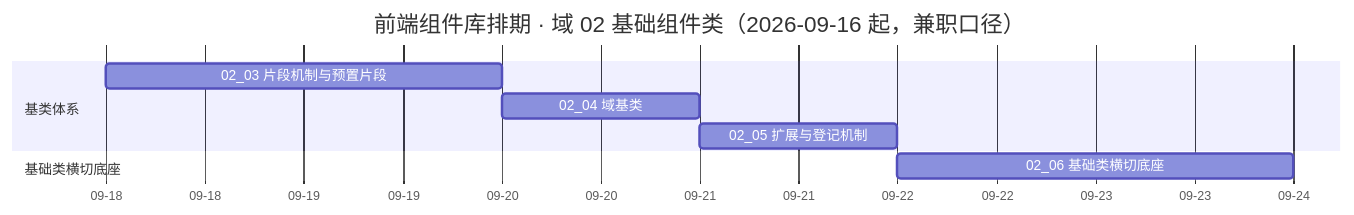
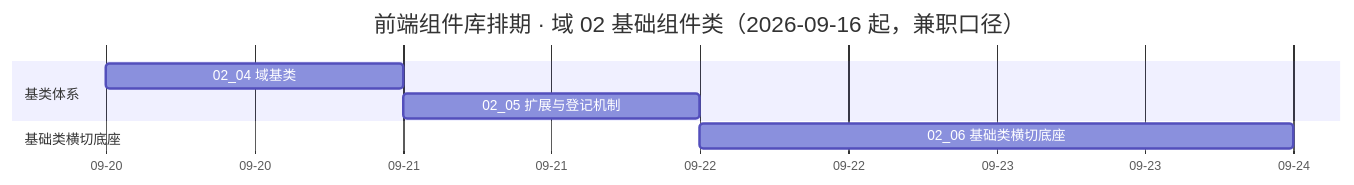
The diagram in bms文档/项目/04_前端组件库/计划/01_计划_前端组件库.md (minjian123/basic-management-system), drawn with Mermaid before and after one commit. The commit also changed other lines of this file and 22 other files, not shown here.

````diff
--- a/bms文档/项目/04_前端组件库/计划/01_计划_前端组件库.md
+++ b/bms文档/项目/04_前端组件库/计划/01_计划_前端组件库.md
@@ -57,12 +60,11 @@
 ```mermaid
 gantt
     title 前端组件库排期 · 域 02 基础组件类（2026-09-16 起，兼职口径）
     dateFormat  YYYY-MM-DD
     axisFormat %m-%d
     section 基类体系
-    02_03 片段机制与预置片段 :t0203, 2026-09-18, 2d
     02_04 域基类 :t0204, 2026-09-20, 1d
     02_05 扩展与登记机制 :t0205, 2026-09-21, 1d
     section 基础类横切底座
     02_06 基础类横切底座 :t0206, 2026-09-22, 2d
 ```
````
